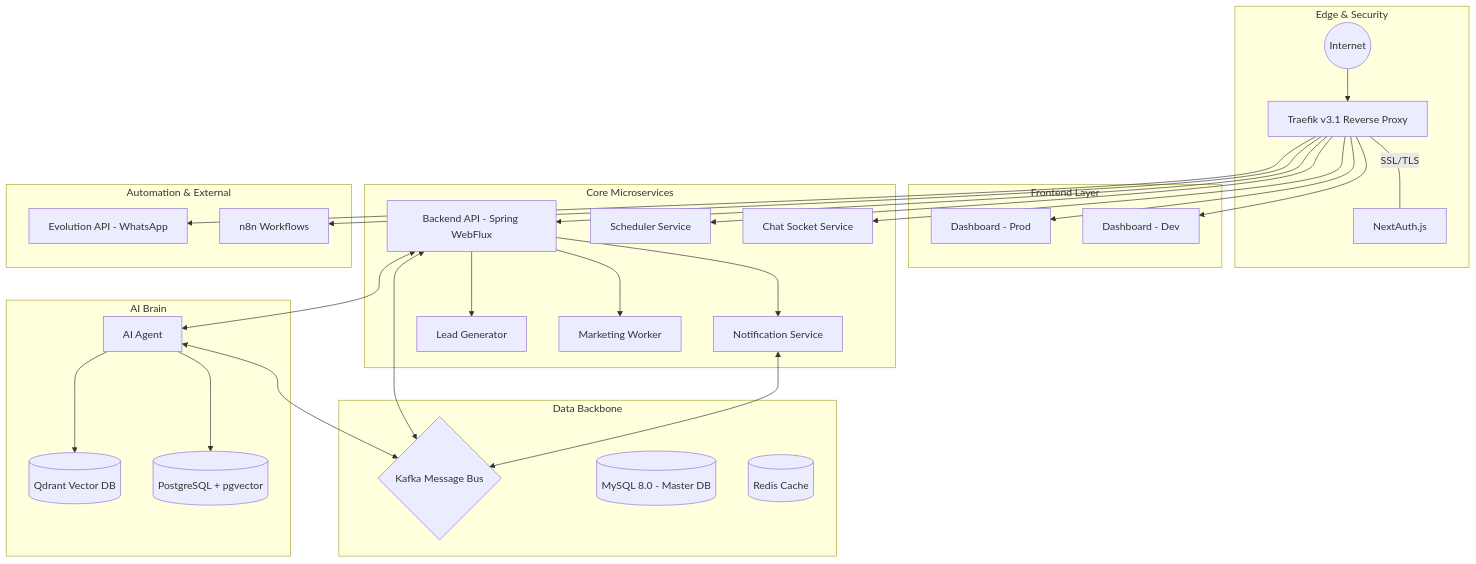
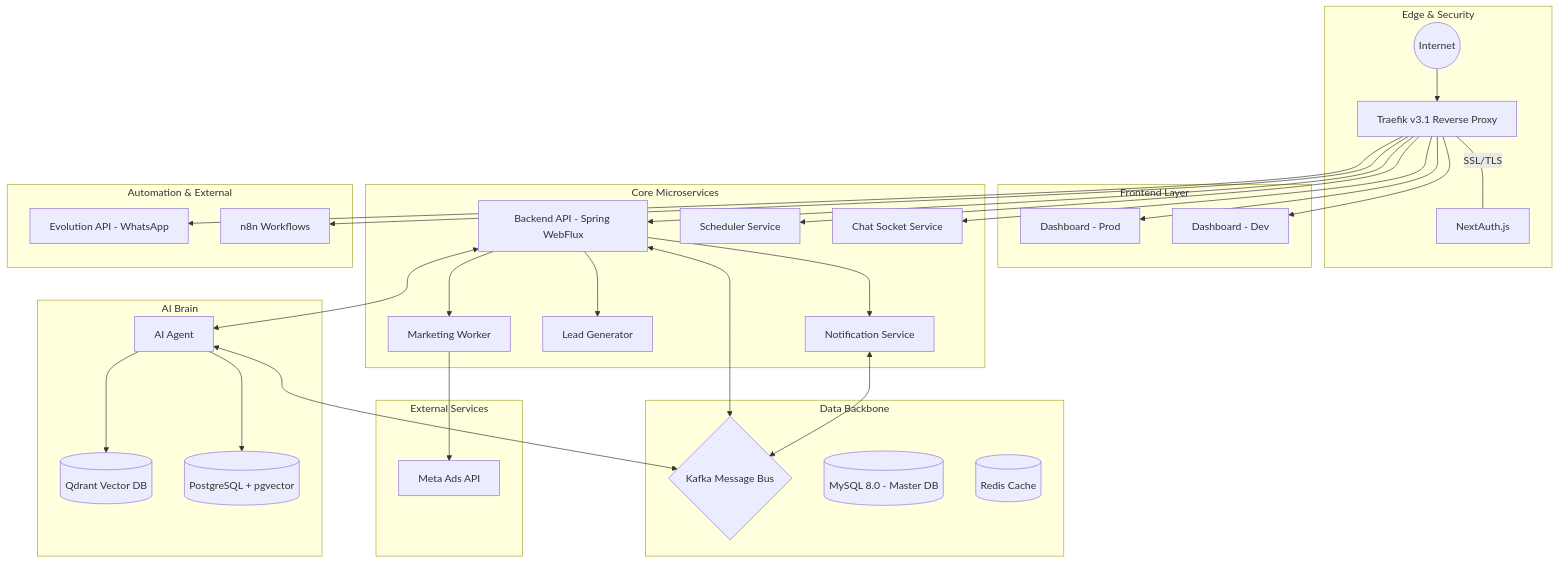
One commit to Pixelweb-co/cloudfly changed the diagram in README.md. Above: the diagram before and after it, drawn with Mermaid. The commit also changed other lines of this file and 6 other files, not shown here.

Commit message:
🤖 AI: docs: add Meta Ads section to root README

````diff
--- a/README.md
+++ b/README.md
@@ -71,41 +78,47 @@
 ```mermaid
 graph TD
     subgraph "Edge & Security"
         Internet((Internet)) --> Traefik[Traefik v3.1 Reverse Proxy]
         Traefik -- "SSL/TLS" --- Auth[NextAuth.js]
     end
 
     subgraph "Frontend Layer"
         Traefik --> FE_Prod[Dashboard - Prod]
         Traefik --> FE_Dev[Dashboard - Dev]
     end
 
     subgraph "Core Microservices"
         Traefik --> API[Backend API - Spring WebFlux]
         Traefik --> Sched[Scheduler Service]
         Traefik --> Socket[Chat Socket Service]
         
         API --> Notif[Notification Service]
         API --> Lead[Lead Generator]
         API --> Mkt[Marketing Worker]
     end
 
     subgraph "AI Brain"
         API <--> AI_Agent[AI Agent]
         AI_Agent --> Qdrant[(Qdrant Vector DB)]
         AI_Agent --> Postgres[(PostgreSQL + pgvector)]
     end
 
     subgraph "Automation & External"
         Traefik --> Evo[Evolution API - WhatsApp]
         Traefik --> n8n[n8n Workflows]
     end
 
     subgraph "Data Backbone"
         Kafka{Kafka Message Bus}
         MySQL[(MySQL 8.0 - Master DB)]
         Redis[(Redis Cache)]
         
         API & Notif & AI_Agent <--> Kafka
     end
+
+    subgraph "External Services"
+        META[Meta Ads API]
+    end
+
+    Mkt --> META
 ```
````
